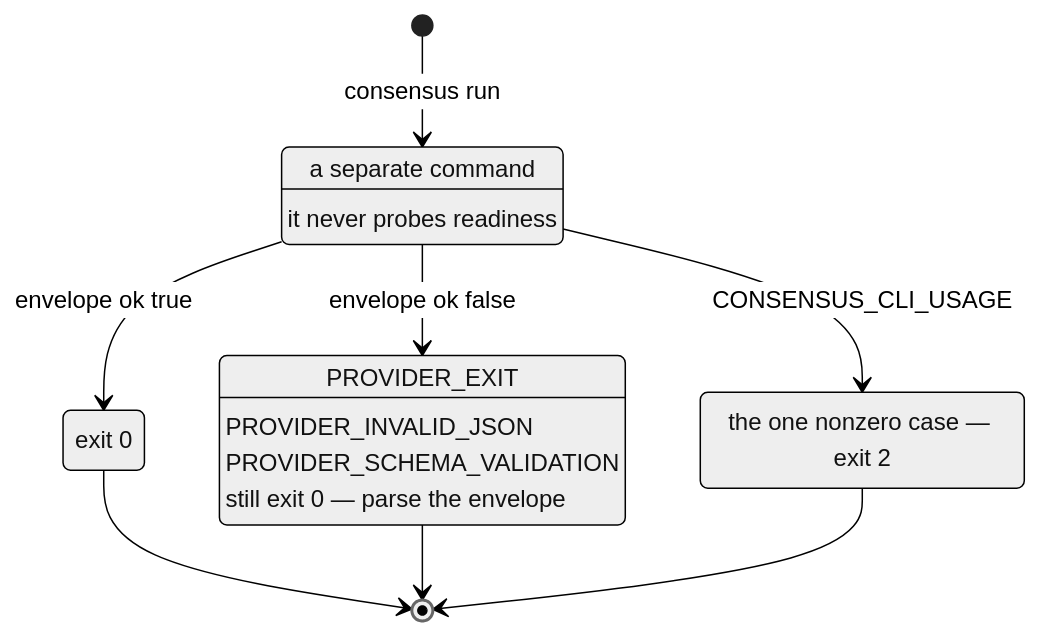
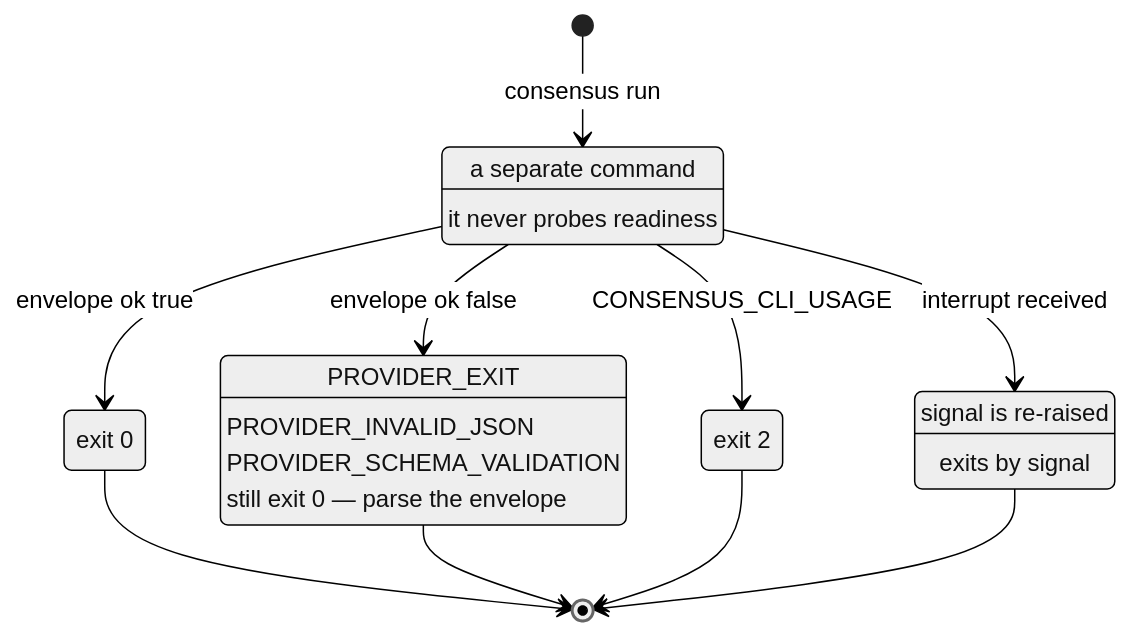
One commit to tkstang/skills changed the second of 2 diagrams in documentation/docs/user-guide/consensus/provider-setup.md. Above: the diagram before and after it, drawn with Mermaid (neutral theme). The commit also changed other lines of this file and 19 other files, not shown here.

````diff
--- a/documentation/docs/user-guide/consensus/provider-setup.md
+++ b/documentation/docs/user-guide/consensus/provider-setup.md
@@ -66,21 +74,25 @@
 ```mermaid
 stateDiagram-v2
   accTitle: consensus run outcomes
-  accDescr: consensus run never probes readiness. It ends with an ok envelope and exit 0, a failed envelope that still exits 0, or a usage error that is the one exit 2 case.
+  accDescr: consensus run never probes readiness. Completed success and failure envelopes exit 0, usage errors exit 2, and interrupted runs exit by the forwarded signal.
   direction TB
   [*] --> run: consensus run
   run: a separate command
   run: it never probes readiness
   run --> run_ok: envelope ok true
   run_ok: exit 0
   run --> run_failed: envelope ok false
   run_failed: PROVIDER_EXIT
   run_failed: PROVIDER_INVALID_JSON
   run_failed: PROVIDER_SCHEMA_VALIDATION
   run_failed: still exit 0 — parse the envelope
   run --> usage_error: CONSENSUS_CLI_USAGE
-  usage_error: the one nonzero case — exit 2
+  usage_error: exit 2
+  run --> interrupted: interrupt received
+  interrupted: signal is re-raised
+  interrupted: exits by signal
   run_ok --> [*]
   run_failed --> [*]
   usage_error --> [*]
+  interrupted --> [*]
 ```
````
